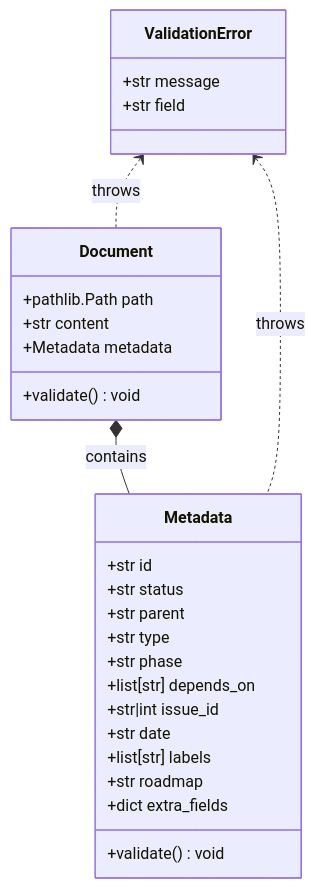
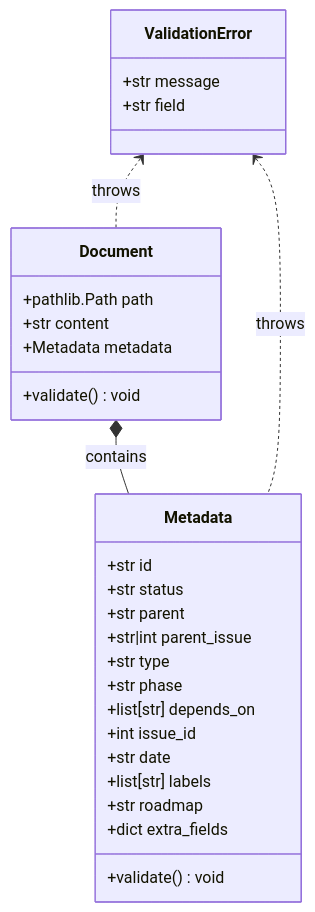
One commit to masa-codehub/issue_creator_kit changed the diagram in docs/specs/data/document_model.md. Above: the diagram before and after it, drawn with Mermaid. The commit also changed other lines of this file and 5 other files, not shown here.

````diff
--- a/docs/specs/data/document_model.md
+++ b/docs/specs/data/document_model.md
@@ -14,31 +14,32 @@
 ```mermaid
 classDiagram
     class Document {
         +pathlib.Path path
         +str content
         +Metadata metadata
         +validate() void
     }
     class Metadata {
         +str id
         +str status
         +str parent
+        +str|int parent_issue
         +str type
         +str phase
         +list[str] depends_on
-        +str|int issue_id
+        +int issue_id
         +str date
         +list[str] labels
         +str roadmap
         +dict extra_fields
         +validate() void
     }
     class ValidationError {
         +str message
         +str field
     }
 
     Document *-- Metadata : contains
     ValidationError <.. Document : throws
     ValidationError <.. Metadata : throws
 ```
````
